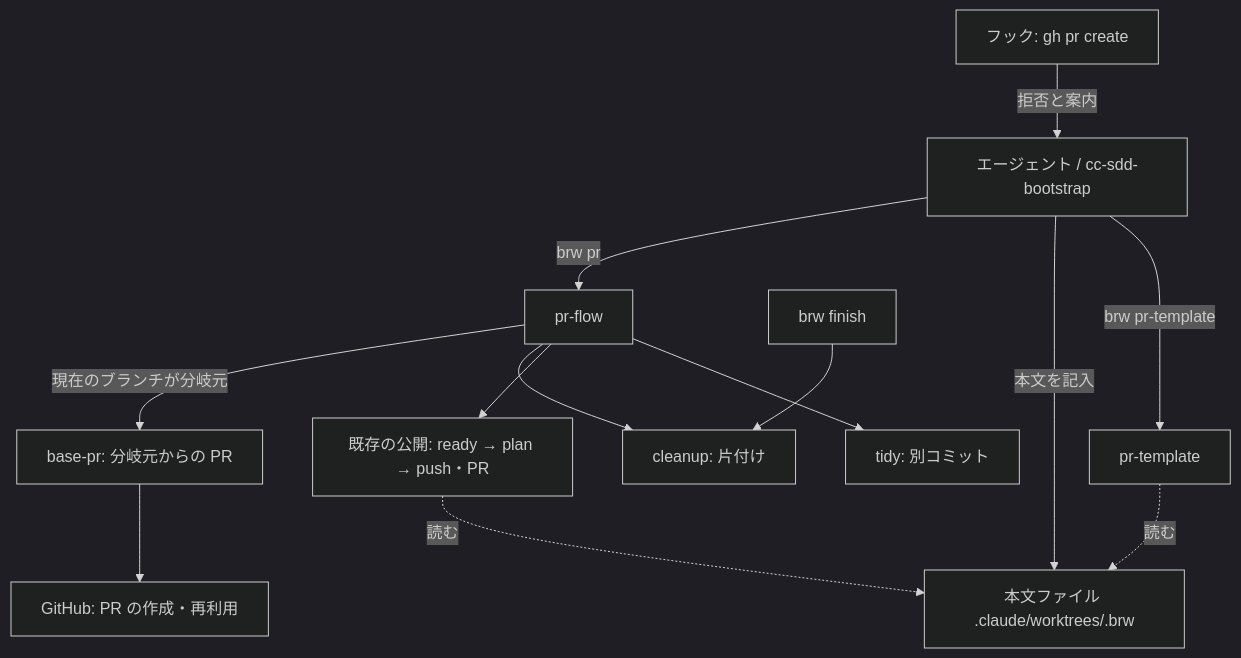
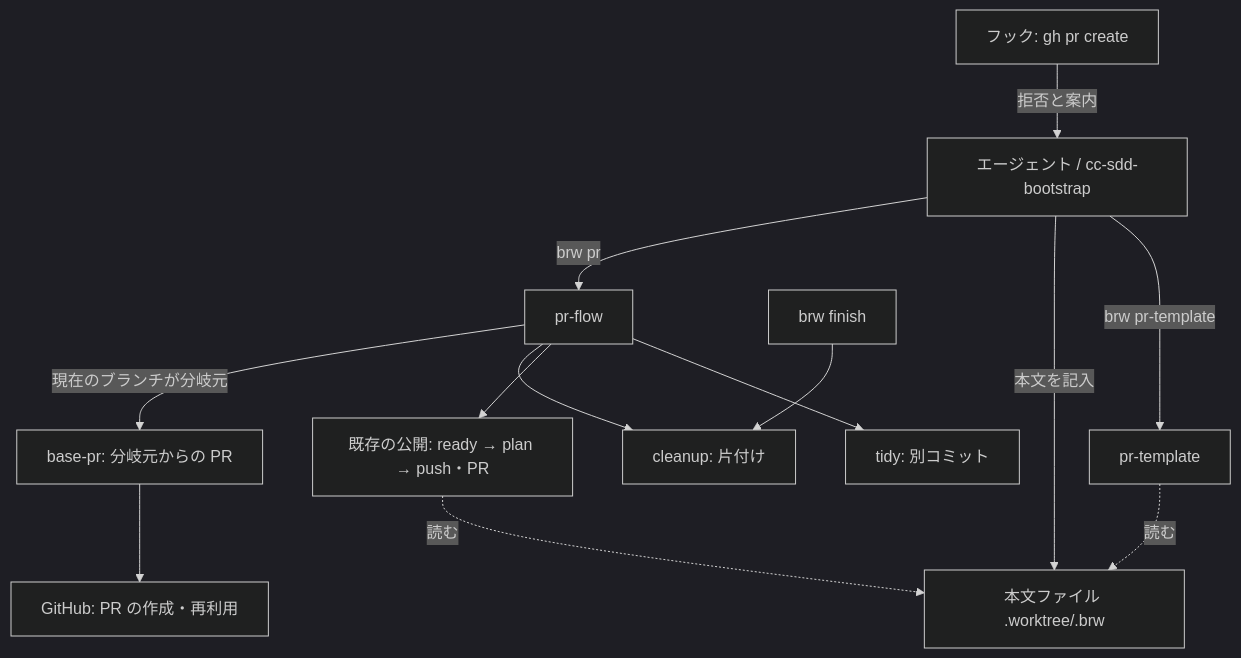
The first of 3 diagrams in .kiro/specs/brw-pr-handoff/design.md (nekono-dev/branch-release-workflow), drawn with Mermaid (dark theme) before and after one commit. The commit also changed other lines of this file and 5 other files, not shown here.

Commit message:
docs(brw-pr-handoff): 本文置き場を .worktree/.brw/ に移す仕様の更新（要件 3.11・3.12、タスク群 10）

````diff
--- a/.kiro/specs/brw-pr-handoff/design.md
+++ b/.kiro/specs/brw-pr-handoff/design.md
@@ -61,15 +61,15 @@
 ```mermaid
 flowchart TD
   AG[エージェント / cc-sdd-bootstrap] -->|brw pr-template| PT[pr-template]
-  AG -->|本文を記入| BF[本文ファイル .claude/worktrees/.brw]
+  AG -->|本文を記入| BF[本文ファイル .worktree/.brw]
   AG -->|brw pr| PF[pr-flow]
   PF --> TD[tidy: 別コミット]
   PF --> PUB[既存の公開: ready → plan → push・PR]
   PF --> CL[cleanup: 片付け]
   PF -->|現在のブランチが分岐元| BP[base-pr: 分岐元からの PR]
   BP --> GH[GitHub: PR の作成・再利用]
   FIN[brw finish] --> CL
   PT -.読む.-> BF
   PUB -.読む.-> BF
   HK[フック: gh pr create] -->|拒否と案内| AG
 ```
````
